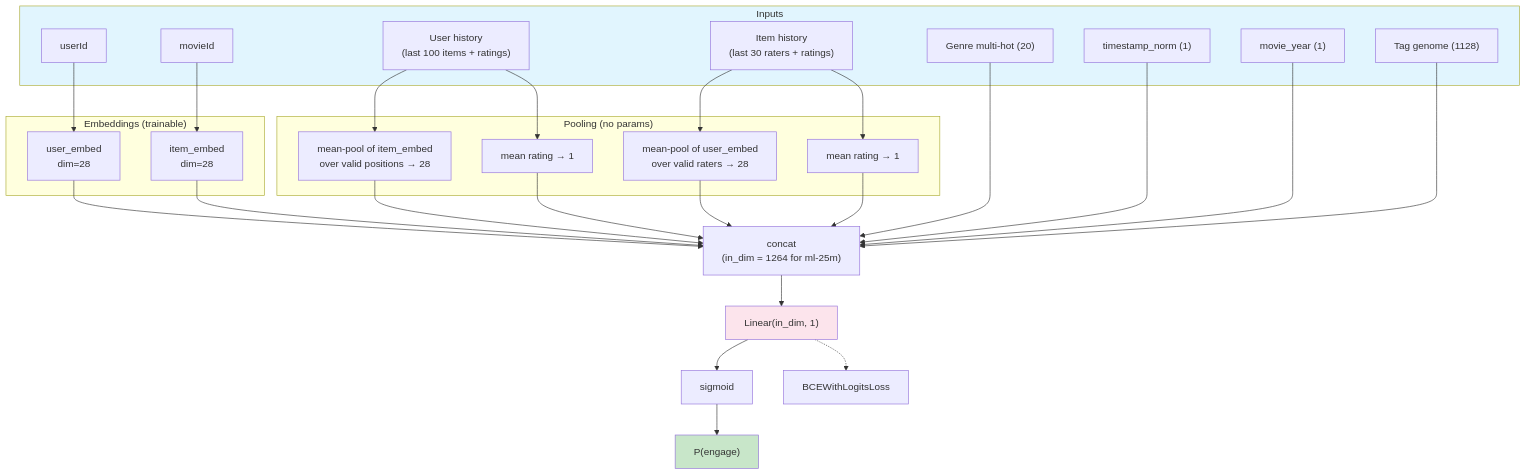
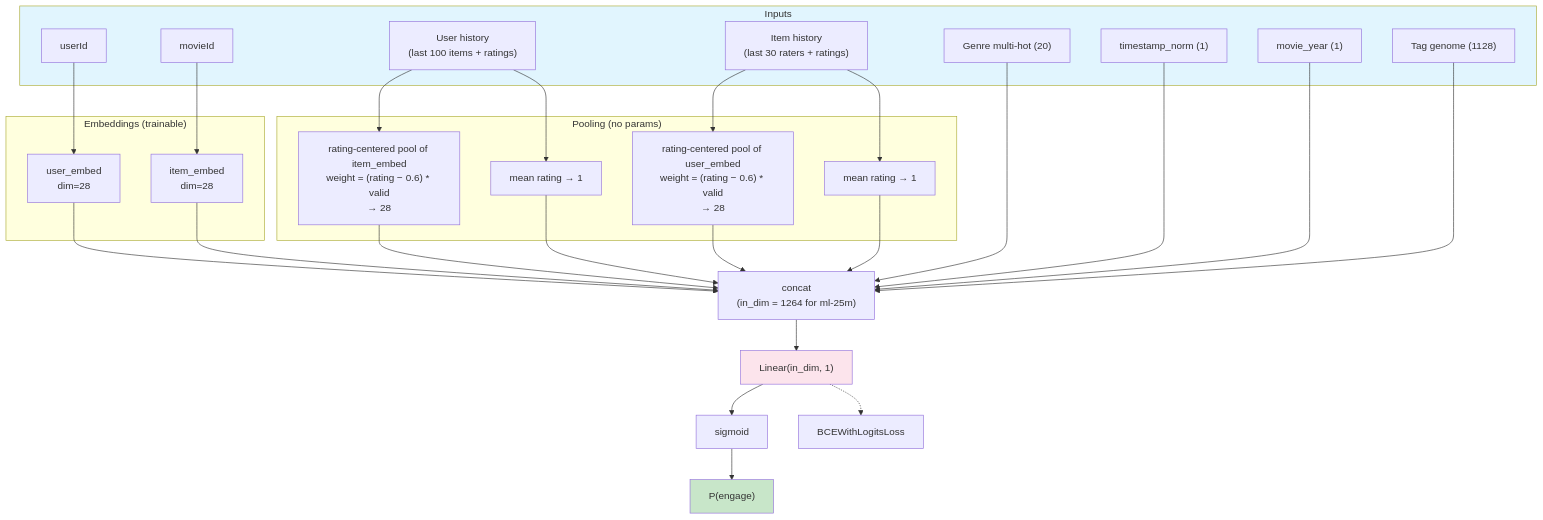
The diagram in README.md (thuningxu/movielens), drawn with Mermaid before and after one commit. The commit also changed other lines of this file and 5 other files, not shown here.

````diff
--- a/README.md
+++ b/README.md
@@ -20,47 +20,47 @@
 ```mermaid
 graph TD
     subgraph Inputs
         UID["userId"]
         MID["movieId"]
         UHIST["User history<br/>(last 100 items + ratings)"]
         IHIST["Item history<br/>(last 30 raters + ratings)"]
         GENRE["Genre multi-hot (20)"]
         TS["timestamp_norm (1)"]
         YEAR["movie_year (1)"]
         GENOME["Tag genome (1128)"]
     end
 
     subgraph "Embeddings (trainable)"
         UID --> UE["user_embed<br/>dim=28"]
         MID --> IE["item_embed<br/>dim=28"]
     end
 
     subgraph "Pooling (no params)"
-        UHIST --> UHP["mean-pool of item_embed<br/>over valid positions → 28"]
+        UHIST --> UHP["rating-centered pool of item_embed<br/>weight = (rating − 0.6) * valid<br/>→ 28"]
         UHIST --> UHR["mean rating → 1"]
-        IHIST --> IHP["mean-pool of user_embed<br/>over valid raters → 28"]
+        IHIST --> IHP["rating-centered pool of user_embed<br/>weight = (rating − 0.6) * valid<br/>→ 28"]
         IHIST --> IHR["mean rating → 1"]
     end
 
     UE --> CONCAT["concat<br/>(in_dim = 1264 for ml-25m)"]
     IE --> CONCAT
     UHP --> CONCAT
     UHR --> CONCAT
     IHP --> CONCAT
     IHR --> CONCAT
     GENRE --> CONCAT
     TS --> CONCAT
     YEAR --> CONCAT
     GENOME --> CONCAT
 
     CONCAT --> HEAD["Linear(in_dim, 1)"]
     HEAD --> SIGMOID["sigmoid"]
     SIGMOID --> PRED["P(engage)"]
 
     LOSS["BCEWithLogitsLoss"]
     HEAD -.-> LOSS
 
     style Inputs fill:#e1f5fe
     style HEAD fill:#fce4ec
     style PRED fill:#c8e6c9
 ```
````
